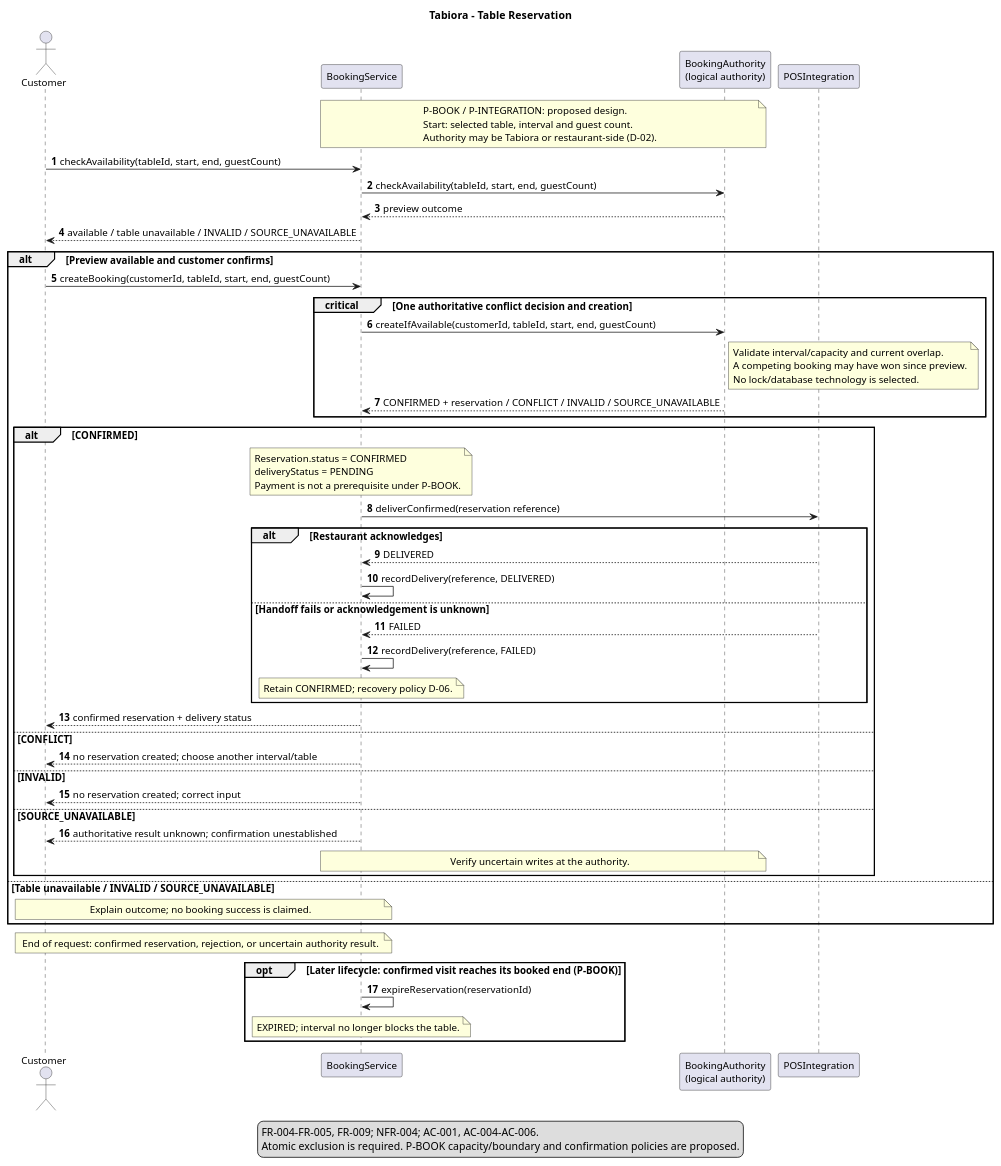
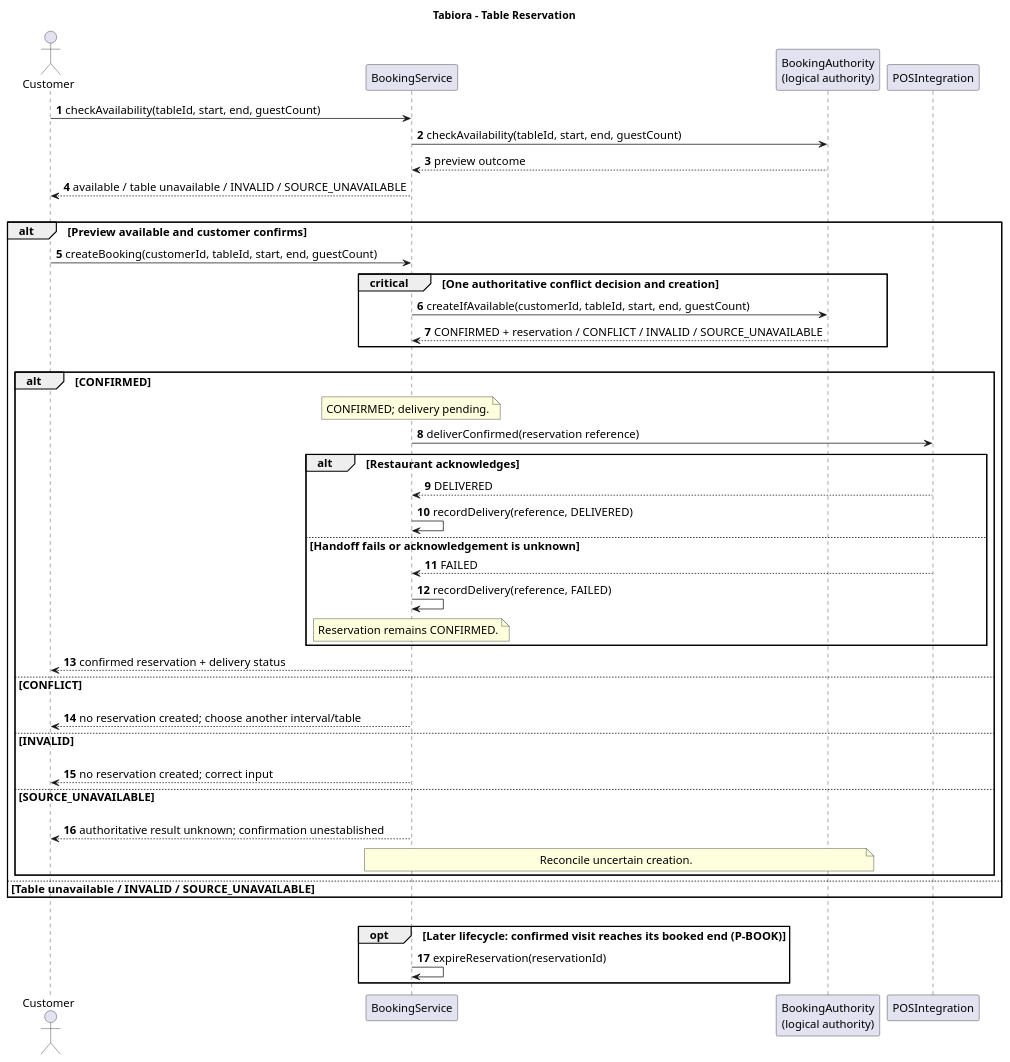
Before and after one commit to AlexToday111/Tabiora: the diagram in assets/diagrams/booking-sequence/booking-sequence.puml, drawn with PlantUML. The commit also changed 27 other files, not shown here.

Commit message:
Update UML diagrams for Labs 4, 6, 7 and 8

```diff
--- a/assets/diagrams/booking-sequence/booking-sequence.puml
+++ b/assets/diagrams/booking-sequence/booking-sequence.puml
@@ -1,71 +1,56 @@
 @startuml
 title Tabiora - Table Reservation
 skinparam shadowing false
 skinparam defaultFontName SansSerif
-skinparam defaultFontSize 13
+skinparam defaultFontSize 15
 skinparam classAttributeIconSize 0
 skinparam packageStyle rectangle
 hide empty members
 
 autonumber
 actor Customer
 participant "BookingService" as Booking
 participant "BookingAuthority\n(logical authority)" as Authority
 participant "POSIntegration" as POS
-note over Booking,Authority
-P-BOOK / P-INTEGRATION: proposed design.
-Start: selected table, interval and guest count.
-Authority may be Tabiora or restaurant-side (D-02).
-end note
 Customer -> Booking : checkAvailability(tableId, start, end, guestCount)
 Booking -> Authority : checkAvailability(tableId, start, end, guestCount)
 Authority --> Booking : preview outcome
 Booking --> Customer : available / table unavailable / INVALID / SOURCE_UNAVAILABLE
+||20||
 alt Preview available and customer confirms
  Customer -> Booking : createBooking(customerId, tableId, start, end, guestCount)
  critical One authoritative conflict decision and creation
   Booking -> Authority : createIfAvailable(customerId, tableId, start, end, guestCount)
-  note right of Authority
-  Validate interval/capacity and current overlap.
-  A competing booking may have won since preview.
-  No lock/database technology is selected.
-  end note
   Authority --> Booking : CONFIRMED + reservation / CONFLICT / INVALID / SOURCE_UNAVAILABLE
  end
+ ||20||
  alt CONFIRMED
-  note over Booking
-  Reservation.status = CONFIRMED
-  deliveryStatus = PENDING
-  Payment is not a prerequisite under P-BOOK.
-  end note
+  note over Booking : CONFIRMED; delivery pending.
   Booking -> POS : deliverConfirmed(reservation reference)
   alt Restaurant acknowledges
    POS --> Booking : DELIVERED
    Booking -> Booking : recordDelivery(reference, DELIVERED)
   else Handoff fails or acknowledgement is unknown
    POS --> Booking : FAILED
    Booking -> Booking : recordDelivery(reference, FAILED)
-   note over Booking : Retain CONFIRMED; recovery policy D-06.
+   note over Booking : Reservation remains CONFIRMED.
   end
   Booking --> Customer : confirmed reservation + delivery status
  else CONFLICT
+  ||18||
   Booking --> Customer : no reservation created; choose another interval/table
  else INVALID
+  ||18||
   Booking --> Customer : no reservation created; correct input
  else SOURCE_UNAVAILABLE
+  ||18||
   Booking --> Customer : authoritative result unknown; confirmation unestablished
-  note over Booking,Authority : Verify uncertain writes at the authority.
+  note over Booking,Authority : Reconcile uncertain creation.
  end
 else Table unavailable / INVALID / SOURCE_UNAVAILABLE
- note over Customer,Booking : Explain outcome; no booking success is claimed.
 end
-note over Customer,Booking : End of request: confirmed reservation, rejection, or uncertain authority result.
+||25||
 opt Later lifecycle: confirmed visit reaches its booked end (P-BOOK)
  Booking -> Booking : expireReservation(reservationId)
- note over Booking : EXPIRED; interval no longer blocks the table.
 end
-legend bottom
-FR-004-FR-005, FR-009; NFR-004; AC-001, AC-004-AC-006.
-Atomic exclusion is required. P-BOOK capacity/boundary and confirmation policies are proposed.
-endlegend
 @enduml
```
